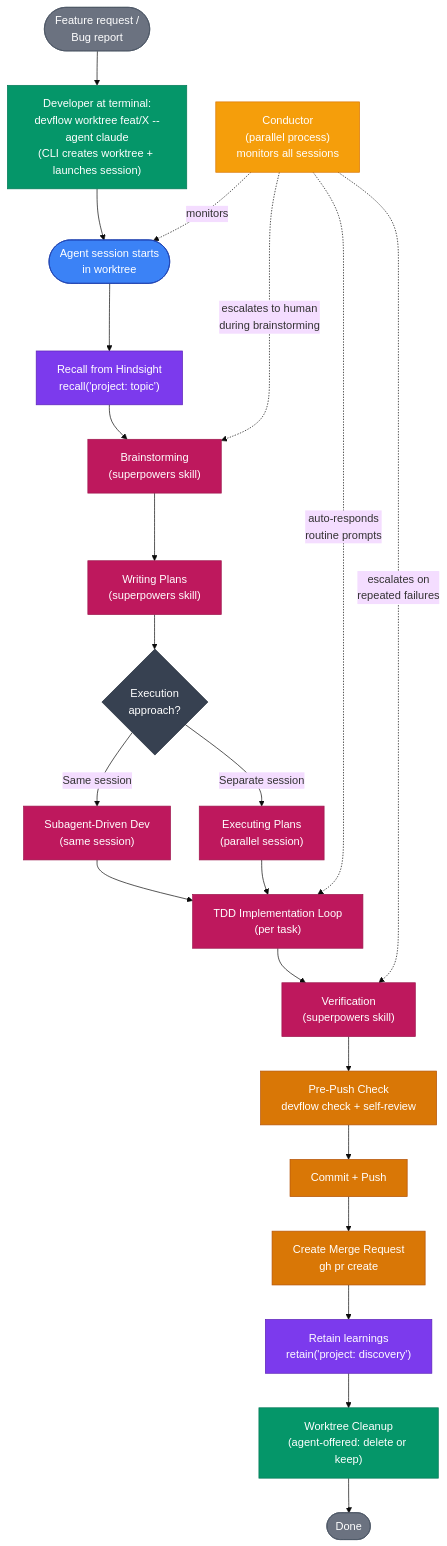
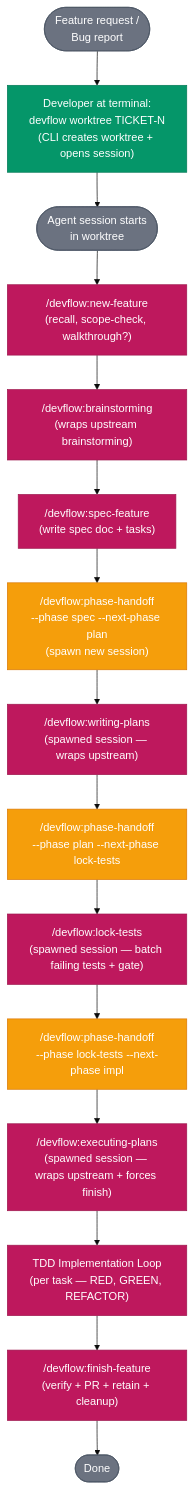
One commit to AndreJorgeLopes/devflow changed the first of 6 diagrams in visualizations/workflows/development-workflow.md. Above: the diagram before and after it, drawn with Mermaid (base theme). The commit also changed other lines of this file and 30 other files, not shown here.

Commit message:
refactor(docs+tasks+viz): purge agent-deck/superpowers refs; align with /devflow:* wrapper convention (#35)

````diff
--- a/visualizations/workflows/development-workflow.md
+++ b/visualizations/workflows/development-workflow.md
@@ -26,65 +26,47 @@
 ```mermaid
 %%{init: {'flowchart': {'rankSpacing': 50, 'nodeSpacing': 30, 'diagramPadding': 15}}}%%
 graph TD
     START(["Feature request /<br/>Bug report"])
-    WORKTREE["Developer at terminal:<br/>devflow worktree feat/X --agent claude<br/>(CLI creates worktree + launches session)"]
+    WORKTREE["Developer at terminal:<br/>devflow worktree TICKET-N<br/>(CLI creates worktree + opens session)"]
     SESSION(["Agent session starts<br/>in worktree"])
-    RECALL["Recall from Hindsight<br/>recall('project: topic')"]
-    BRAIN["Brainstorming<br/>(superpowers skill)"]
-    PLAN["Writing Plans<br/>(superpowers skill)"]
-    CHOOSE{"Execution<br/>approach?"}
-    SDD["Subagent-Driven Dev<br/>(same session)"]
-    EXEC["Executing Plans<br/>(parallel session)"]
-    LOOP["TDD Implementation Loop<br/>(per task)"]
-    VERIFY["Verification<br/>(superpowers skill)"]
-    CHECK["Pre-Push Check<br/>devflow check + self-review"]
-    COMMIT["Commit + Push"]
-    MR["Create Merge Request<br/>gh pr create"]
-    RETAIN["Retain learnings<br/>retain('project: discovery')"]
-    CLEANUP["Worktree Cleanup<br/>(agent-offered: delete or keep)"]
+    NEWFEAT["/devflow:new-feature<br/>(recall, scope-check, walkthrough?)"]
+    BRAIN["/devflow:brainstorming<br/>(wraps upstream brainstorming)"]
+    SPEC["/devflow:spec-feature<br/>(write spec doc + tasks)"]
+    HANDOFF1["/devflow:phase-handoff<br/>--phase spec --next-phase plan<br/>(spawn new session)"]
+    PLAN["/devflow:writing-plans<br/>(spawned session — wraps upstream)"]
+    HANDOFF2["/devflow:phase-handoff<br/>--phase plan --next-phase lock-tests"]
+    LOCK["/devflow:lock-tests<br/>(spawned session — batch failing tests + gate)"]
+    HANDOFF3["/devflow:phase-handoff<br/>--phase lock-tests --next-phase impl"]
+    EXEC["/devflow:executing-plans<br/>(spawned session — wraps upstream + forces finish)"]
+    LOOP["TDD Implementation Loop<br/>(per task — RED, GREEN, REFACTOR)"]
+    FINISH["/devflow:finish-feature<br/>(verify + PR + retain + cleanup)"]
     DONE(["Done"])
-
-    COND["Conductor<br/>(parallel process)<br/>monitors all sessions"]
 
     START --> WORKTREE
     WORKTREE --> SESSION
-    SESSION --> RECALL
-    RECALL --> BRAIN
-    BRAIN --> PLAN
-    PLAN --> CHOOSE
-    CHOOSE -->|"Same session"| SDD
-    CHOOSE -->|"Separate session"| EXEC
-    SDD --> LOOP
+    SESSION --> NEWFEAT
+    NEWFEAT --> BRAIN
+    BRAIN --> SPEC
+    SPEC --> HANDOFF1
+    HANDOFF1 --> PLAN
+    PLAN --> HANDOFF2
+    HANDOFF2 --> LOCK
+    LOCK --> HANDOFF3
+    HANDOFF3 --> EXEC
     EXEC --> LOOP
-    LOOP --> VERIFY
-    VERIFY --> CHECK
-    CHECK --> COMMIT
-    COMMIT --> MR
-    MR --> RETAIN
-    RETAIN --> CLEANUP
-    CLEANUP --> DONE
-
-    COND -.->|"monitors"| SESSION
-    COND -.->|"auto-responds<br/>routine prompts"| LOOP
-    COND -.->|"escalates to human<br/>during brainstorming"| BRAIN
-    COND -.->|"escalates on<br/>repeated failures"| VERIFY
+    LOOP --> FINISH
+    FINISH --> DONE
 
     classDef hindsightStyle fill:#7c3aed,color:#fff,stroke:#5b21b6
     classDef worktrunkStyle fill:#059669,color:#fff,stroke:#047857
     classDef skillsStyle fill:#be185d,color:#fff,stroke:#9d174d
     classDef reviewStyle fill:#d97706,color:#fff,stroke:#b45309
+    classDef handoffStyle fill:#f59e0b,color:#fff,stroke:#d97706
     classDef decisionStyle fill:#374151,color:#fff,stroke:#1f2937
     classDef terminalStyle fill:#6b7280,color:#fff,stroke:#4b5563
-    classDef conductorStyle fill:#f59e0b,color:#fff,stroke:#d97706
-    classDef agentDeckStyle fill:#3b82f6,color:#fff,stroke:#1e40af
 
-    class RECALL,RETAIN hindsightStyle
-    class WORKTREE,CLEANUP worktrunkStyle
-    class BRAIN,PLAN,SDD,EXEC,LOOP,VERIFY skillsStyle
-    class CHECK reviewStyle
-    class MR,COMMIT reviewStyle
-    class CHOOSE decisionStyle
-    class START,DONE terminalStyle
-    class SESSION agentDeckStyle
-    class COND conductorStyle
+    class WORKTREE worktrunkStyle
+    class NEWFEAT,BRAIN,SPEC,PLAN,LOCK,EXEC,LOOP,FINISH skillsStyle
+    class HANDOFF1,HANDOFF2,HANDOFF3 handoffStyle
+    class START,SESSION,DONE terminalStyle
 ```
````
